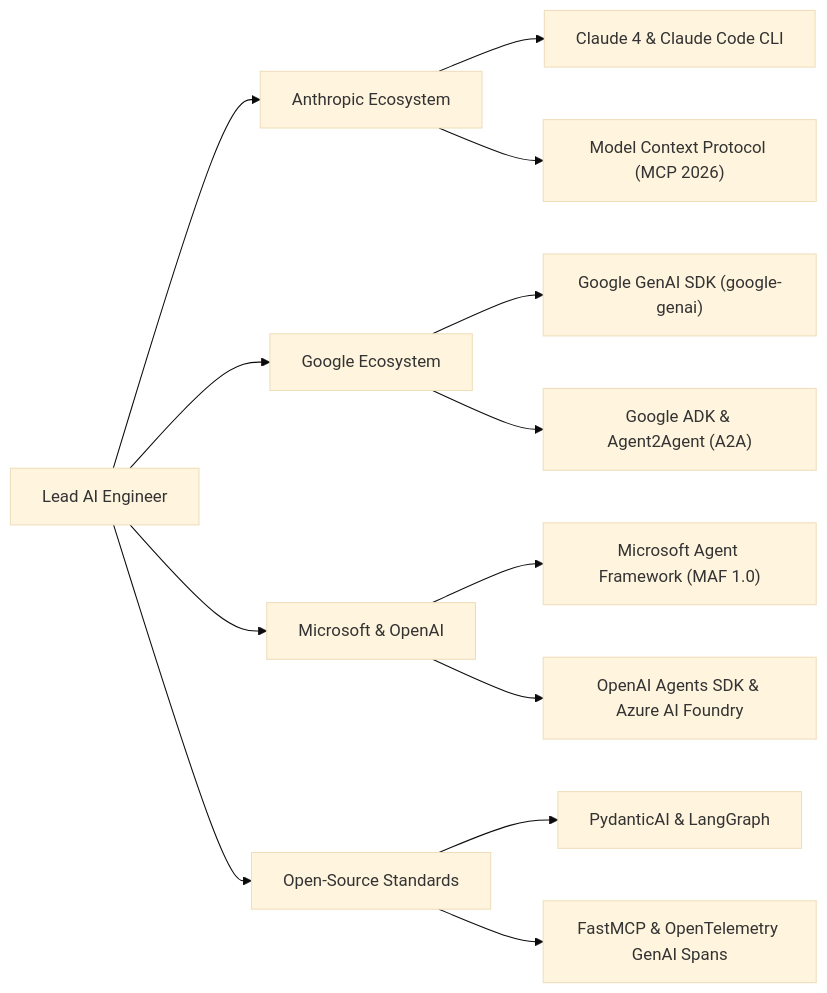
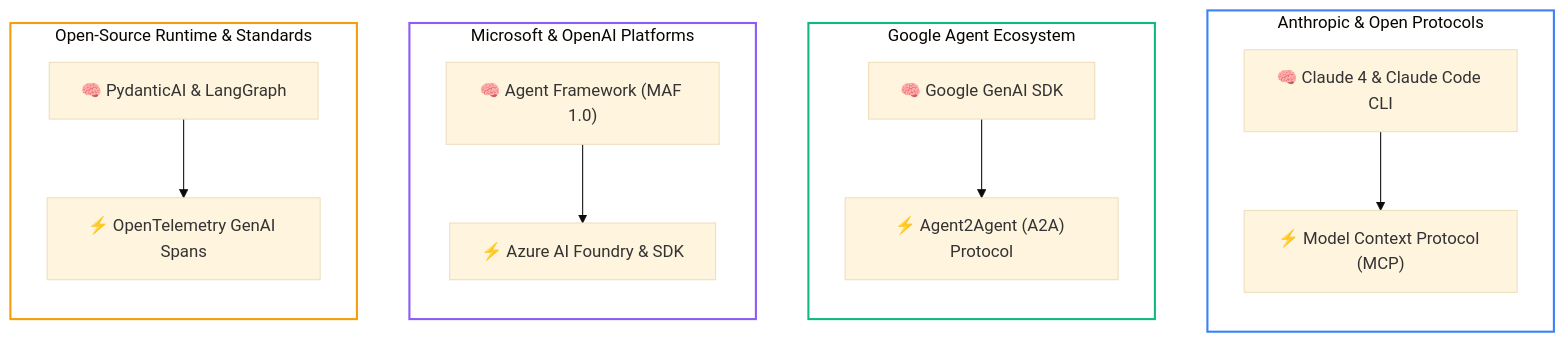
The fourth of 4 diagrams in README.md (dip4k/senior-engineer-to-ai-engineer-roadmap), drawn with Mermaid (base theme) before and after one commit. The commit also changed other lines of this file and 39 other files, not shown here.

First line of the commit message:
feat(curriculum): upgrade mermaid diagrams with unicode icons & codify anti-bloat layout rules

````diff
--- a/README.md
+++ b/README.md
@@ -329,19 +321,27 @@
 ```mermaid
-flowchart LR
-    A["Lead AI Engineer"] --> B["Anthropic Ecosystem"]
-    A --> C["Google Ecosystem"]
-    A --> D["Microsoft & OpenAI"]
-    A --> E["Open-Source Standards"]
+flowchart TD
+    subgraph S1["Anthropic & Open Protocols"]
+        direction TB
+        B1["🧠 Claude 4 & Claude Code CLI"] --> B2["⚡ Model Context Protocol (MCP)"]
+    end
 
-    B --> B1["Claude 4 & Claude Code CLI"]
-    B --> B2["Model Context Protocol (MCP 2026)"]
+    subgraph S2["Google Agent Ecosystem"]
+        direction TB
+        C1["🧠 Google GenAI SDK"] --> C2["⚡ Agent2Agent (A2A) Protocol"]
+    end
 
-    C --> C1["Google GenAI SDK (google-genai)"]
-    C --> C2["Google ADK & Agent2Agent (A2A)"]
+    subgraph S3["Microsoft & OpenAI Platforms"]
+        direction TB
+        D1["🧠 Agent Framework (MAF 1.0)"] --> D2["⚡ Azure AI Foundry & SDK"]
+    end
 
-    D --> D1["Microsoft Agent Framework (MAF 1.0)"]
-    D --> D2["OpenAI Agents SDK & Azure AI Foundry"]
+    subgraph S4["Open-Source Runtime & Standards"]
+        direction TB
+        E1["🧠 PydanticAI & LangGraph"] --> E2["⚡ OpenTelemetry GenAI Spans"]
+    end
 
-    E --> E1["PydanticAI & LangGraph"]
-    E --> E2["FastMCP & OpenTelemetry GenAI Spans"]
+    style S1 fill:none,stroke:#3b82f6,stroke-width:2px;
+    style S2 fill:none,stroke:#10b981,stroke-width:2px;
+    style S3 fill:none,stroke:#8b5cf6,stroke-width:2px;
+    style S4 fill:none,stroke:#f59e0b,stroke-width:2px;
 ```
````
